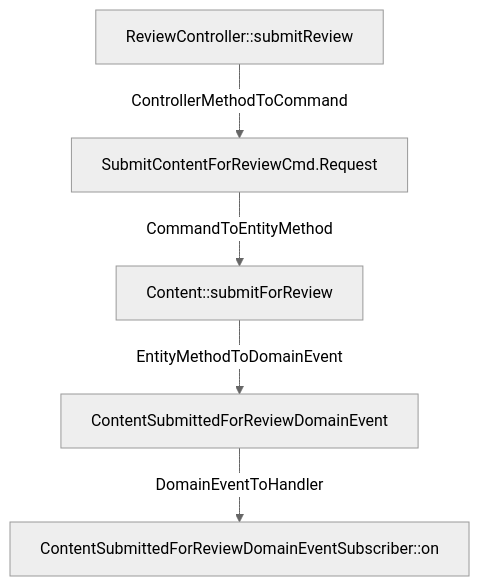
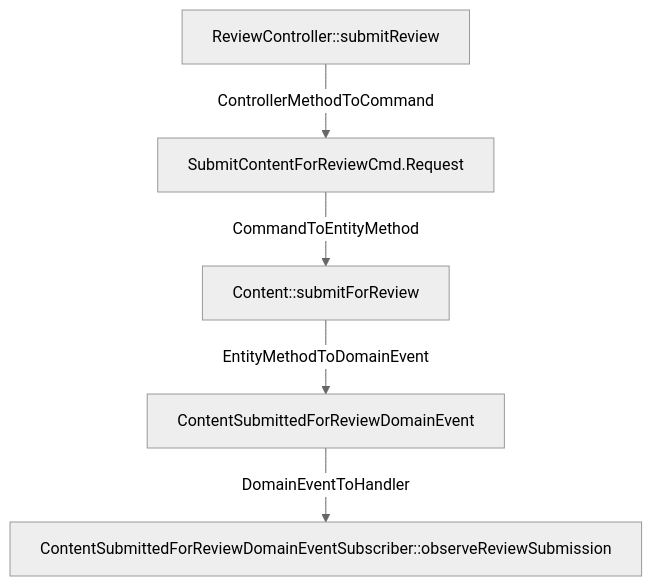
One commit to LDmoxeii/cap4k-reference-content-studio changed the diagram in analysis/flows/com_only4_cap4k_reference_contentstudio_adapter_http_ReviewController_submitRevi.mmd. Above: the diagram before and after it, drawn with Mermaid (neutral theme). The commit also changed 12 other files, not shown here.

```diff
--- a/analysis/flows/com_only4_cap4k_reference_contentstudio_adapter_http_ReviewController_submitRevi.mmd
+++ b/analysis/flows/com_only4_cap4k_reference_contentstudio_adapter_http_ReviewController_submitRevi.mmd
@@ -1,10 +1,10 @@
 flowchart TD
   N1[ReviewController::submitReview]
   N2[SubmitContentForReviewCmd.Request]
-  N3[ContentSubmittedForReviewDomainEventSubscriber::on]
+  N3[ContentSubmittedForReviewDomainEventSubscriber::observeReviewSubmission]
   N4[Content::submitForReview]
   N5[ContentSubmittedForReviewDomainEvent]
   N1 -->|ControllerMethodToCommand| N2
   N2 -->|CommandToEntityMethod| N4
   N4 -->|EntityMethodToDomainEvent| N5
   N5 -->|DomainEventToHandler| N3
```
